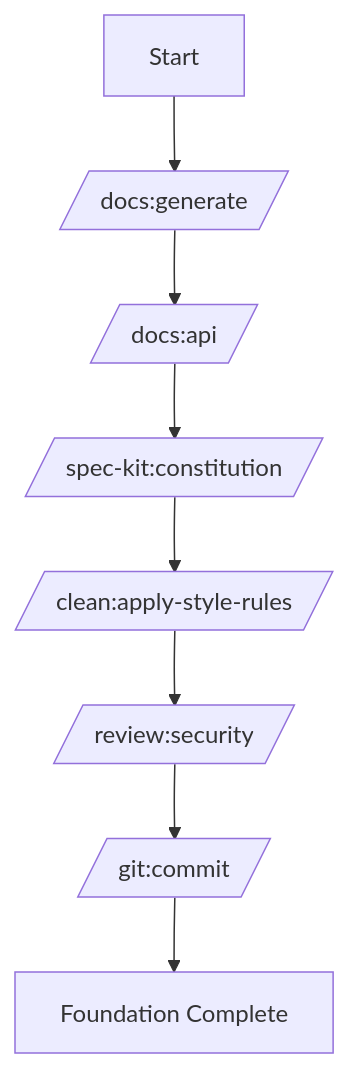
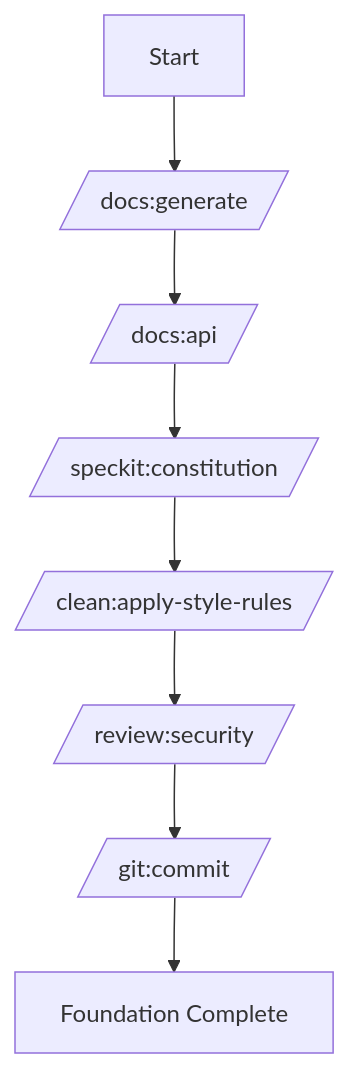
One commit to thomasholknielsen/claude-code-config changed the third of 31 diagrams in docs/developer/developer-workflows.md. Above: the diagram before and after it, drawn with Mermaid. The commit also changed other lines of this file and 198 other files, not shown here.

````diff
--- a/docs/developer/developer-workflows.md
+++ b/docs/developer/developer-workflows.md
@@ -234,10 +234,10 @@
 ```mermaid
 graph TD
     A[Start] --> B[/docs:generate/]
     B --> C[/docs:api/]
-    C --> D[/spec-kit:constitution/]
+    C --> D[/speckit:constitution/]
     D --> E[/clean:apply-style-rules/]
     E --> F[/review:security/]
     F --> G[/git:commit/]
     G --> H[Foundation Complete]
 ```
````
